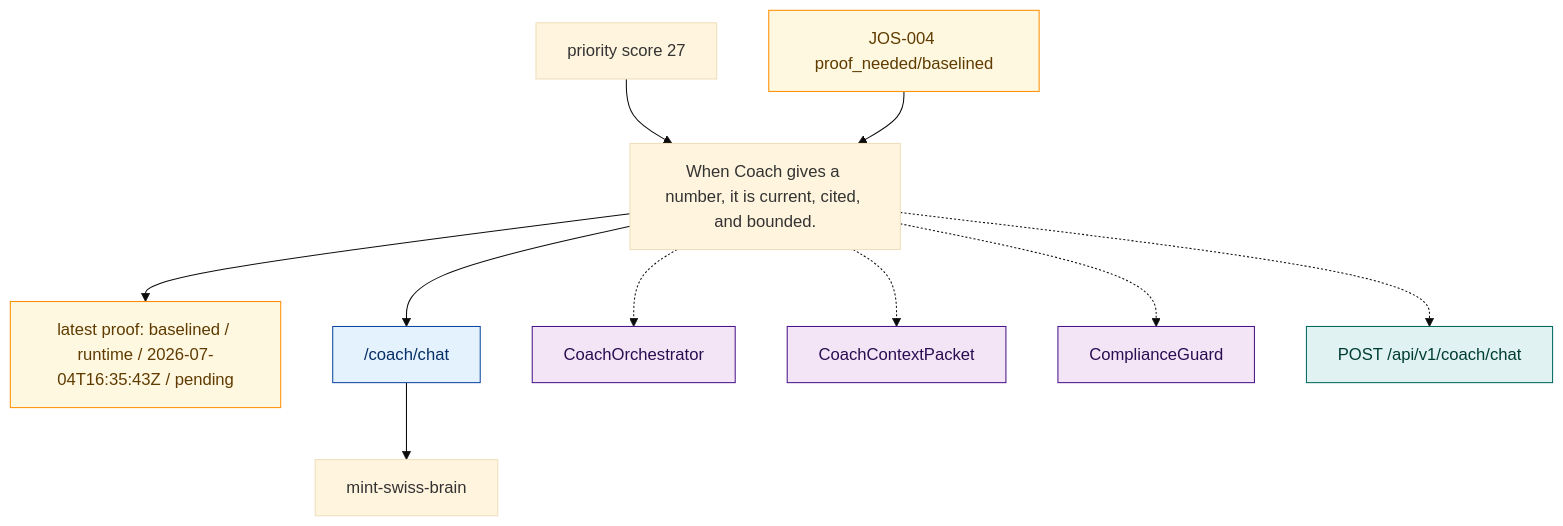
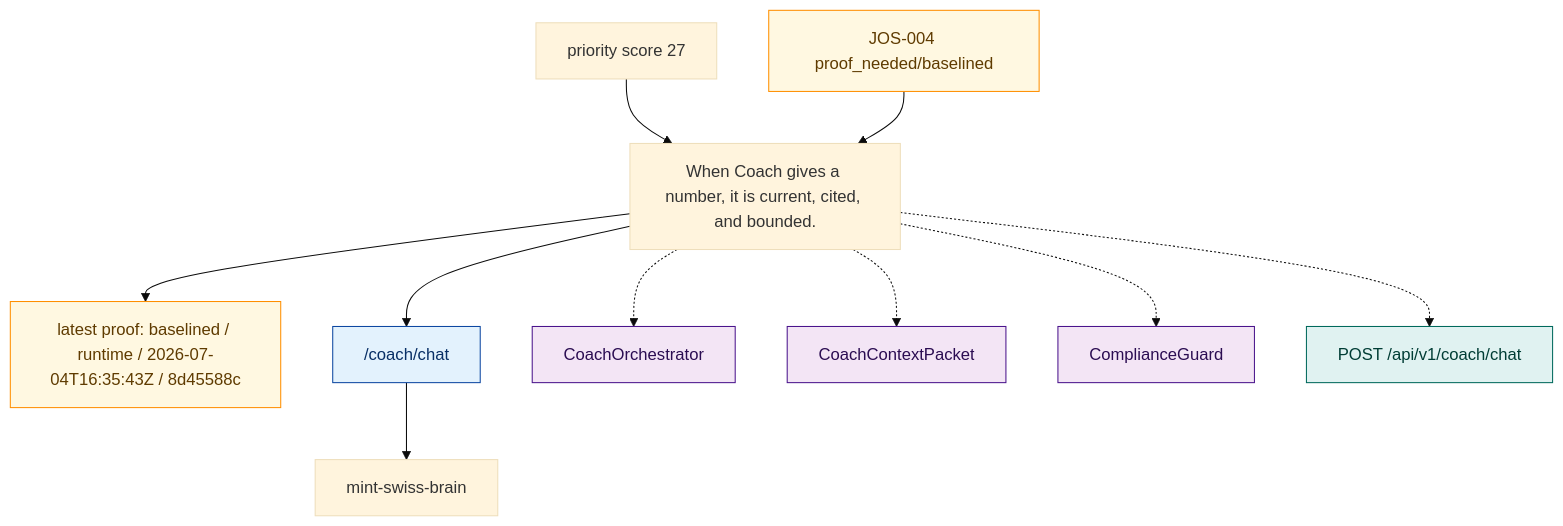
Before and after one commit to MINT-IA/MINT: the diagram in .planning/journeys/diagrams/coach_advice_turn.mmd, drawn with Mermaid (base theme). The commit also changed 4 other files, not shown here.

```diff
--- a/.planning/journeys/diagrams/coach_advice_turn.mmd
+++ b/.planning/journeys/diagrams/coach_advice_turn.mmd
@@ -1,36 +1,36 @@
 %% Generated from .planning/journeys/records/coach_advice_turn.json
 flowchart TD
   promise["When Coach gives a number, it is current, cited, and bounded."]
   team["mint-swiss-brain"]
-  latest["latest proof: baselined / runtime / 2026-07-04T16:35:43Z / pending"]
+  latest["latest proof: baselined / runtime / 2026-07-04T16:35:43Z / 8d45588c"]
   promise --> latest
   classDef green fill:#e8f5e9,stroke:#1b5e20,color:#0b3d1a;
   classDef red fill:#ffebee,stroke:#b71c1c,color:#5f1111;
   classDef amber fill:#fff8e1,stroke:#ff8f00,color:#5f3b00;
   classDef blocked fill:#eceff1,stroke:#455a64,color:#263238;
   classDef neutral fill:#f5f5f5,stroke:#616161,color:#212121;
   classDef route fill:#e3f2fd,stroke:#0d47a1,color:#082f66;
   classDef surface fill:#f3e5f5,stroke:#4a148c,color:#2b0d52;
   classDef api fill:#e0f2f1,stroke:#00695c,color:#003d35;
   class latest amber
   priority["priority score 27"]
   priority --> promise
   route_coach_chat["/coach/chat"]
   promise --> route_coach_chat
   route_coach_chat --> team
   class route_coach_chat route
   surface_CoachOrchestrator["CoachOrchestrator"]
   promise -.-> surface_CoachOrchestrator
   class surface_CoachOrchestrator surface
   surface_CoachContextPacket["CoachContextPacket"]
   promise -.-> surface_CoachContextPacket
   class surface_CoachContextPacket surface
   surface_ComplianceGuard["ComplianceGuard"]
   promise -.-> surface_ComplianceGuard
   class surface_ComplianceGuard surface
   api_POST_api_v1_coach_chat["POST /api/v1/coach/chat"]
   promise -.-> api_POST_api_v1_coach_chat
   class api_POST_api_v1_coach_chat api
   issue_JOS_004["JOS-004 proof_needed/baselined"]
   issue_JOS_004 --> promise
   class issue_JOS_004 amber
```
